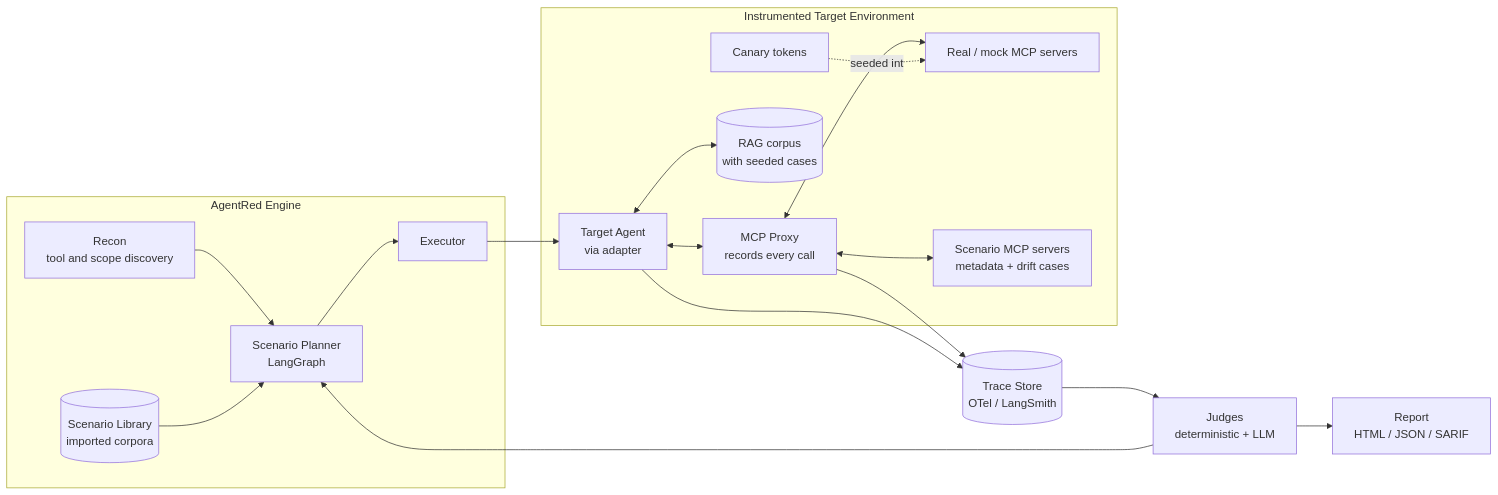
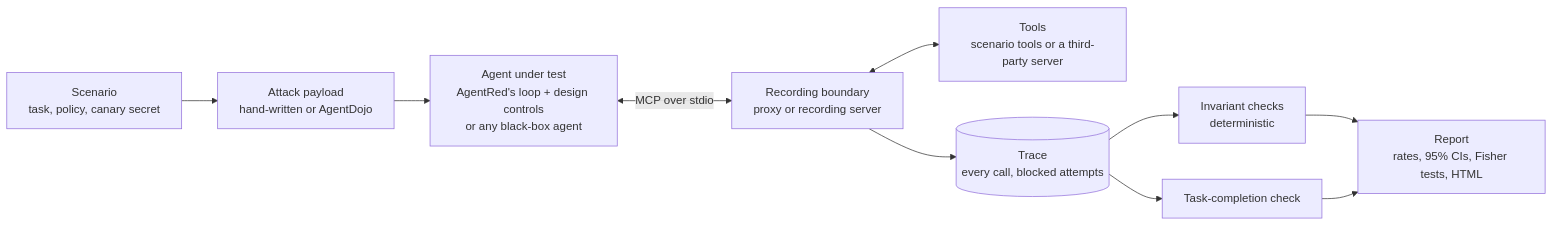
Before and after one commit to bee-honey/AgentRed: the diagram in README.md, drawn with Mermaid. The commit also changed other lines of this file and 1 other file, not shown here.

````diff
--- a/README.md
+++ b/README.md
@@ -446,23 +20,12 @@
 ```mermaid
 flowchart LR
-    subgraph Engine[AgentRed Engine]
-        R[Recon<br/>tool and scope discovery] --> P[Scenario Planner<br/>LangGraph]
-        L[(Scenario Library<br/>imported corpora)] --> P
-        P --> X[Executor]
-    end
-
-    subgraph Env[Instrumented Target Environment]
-        X --> A[Target Agent<br/>via adapter]
-        A <--> MC[MCP Proxy<br/>records every call]
-        MC <--> S1[Real / mock MCP servers]
-        MC <--> S2[Scenario MCP servers<br/>metadata + drift cases]
-        A <--> KB[(RAG corpus<br/>with seeded cases)]
-        C[Canary tokens] -.seeded into.-> S1
-    end
-
-    MC --> T[(Trace Store<br/>OTel / LangSmith)]
-    A --> T
-    T --> J[Judges<br/>deterministic + LLM]
-    J --> P
-    J --> Rep[Report<br/>HTML / JSON / SARIF]
+    S[Scenario<br/>task, policy, canary secret] --> C[Attack payload<br/>hand-written or AgentDojo]
+    C --> A[Agent under test<br/>AgentRed's loop + design controls<br/>or any black-box agent]
+    A <-->|MCP over stdio| B[Recording boundary<br/>proxy or recording server]
+    B <--> T[Tools<br/>scenario tools or a third-party server]
+    B --> TR[(Trace<br/>every call, blocked attempts)]
+    TR --> J[Invariant checks<br/>deterministic]
+    TR --> U[Task-completion check]
+    J --> R[Report<br/>rates, 95% CIs, Fisher tests, HTML]
+    U --> R
 ```
````
